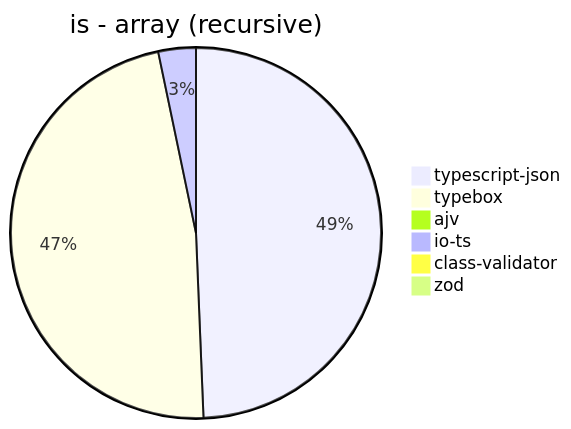
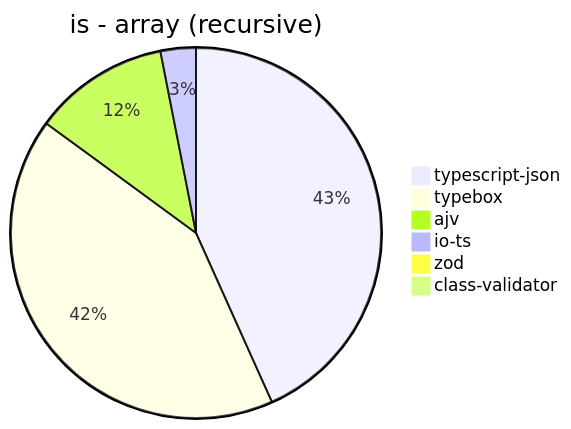
One commit to samchon/typia changed the fifth of 39 diagrams in benchmark/results/AMD Ryzen 7 5800H with Radeon Graphics.md. Above: the diagram before and after it, drawn with Mermaid. The commit also changed other lines of this file and 3 other files, not shown here.

````diff
--- a/benchmark/results/AMD Ryzen 7 5800H with Radeon Graphics.md
+++ b/benchmark/results/AMD Ryzen 7 5800H with Radeon Graphics.md
@@ -65,9 +65,9 @@
 ```mermaid
 pie title is - array (recursive)
-  "typescript-json": 7202.869596803487
-  "typebox": 6913.352790952207
-  "ajv": 0
-  "io-ts": 478.1255720300201
-  "class-validator": 3.380281690140845
-  "zod": 8.44436104334772
+  "typescript-json": 7089.541284403669
+  "typebox": 6843.205574912891
+  "ajv": 1942.1532846715327
+  "io-ts": 504.82553823311065
+  "zod": 8.458646616541353
+  "class-validator": 3.138268414251431
 ```
````
